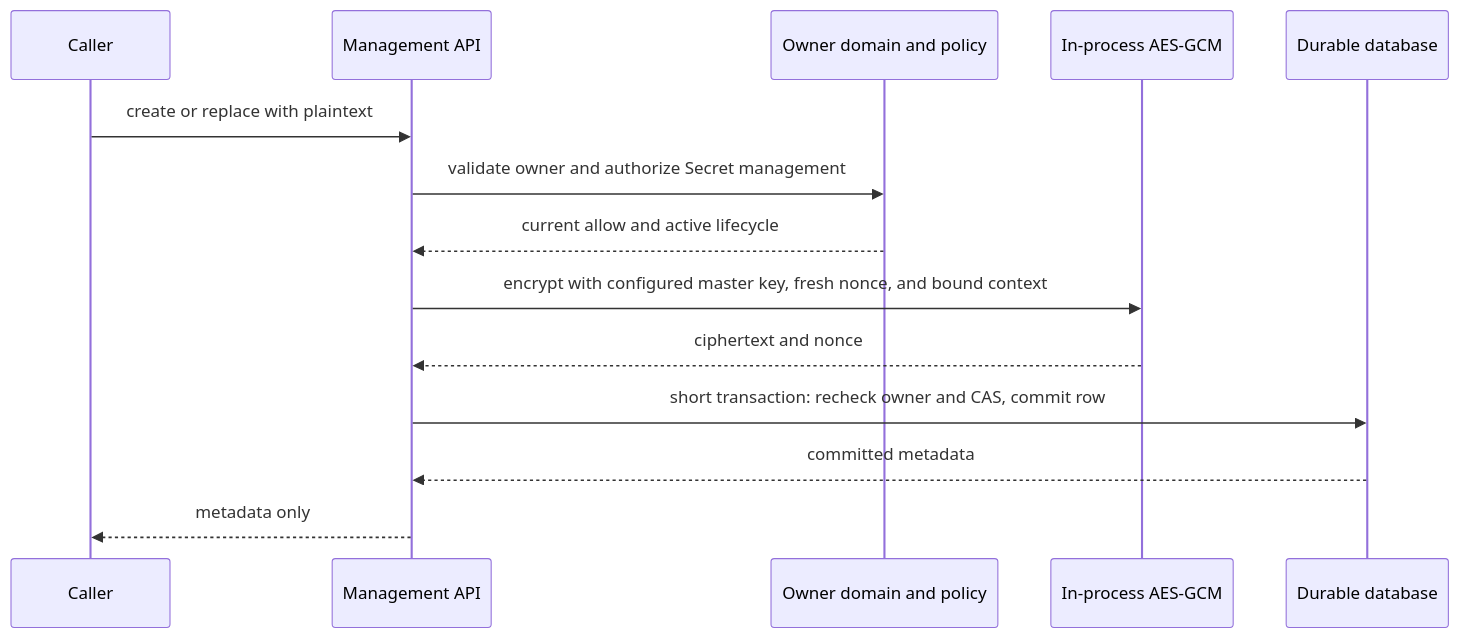
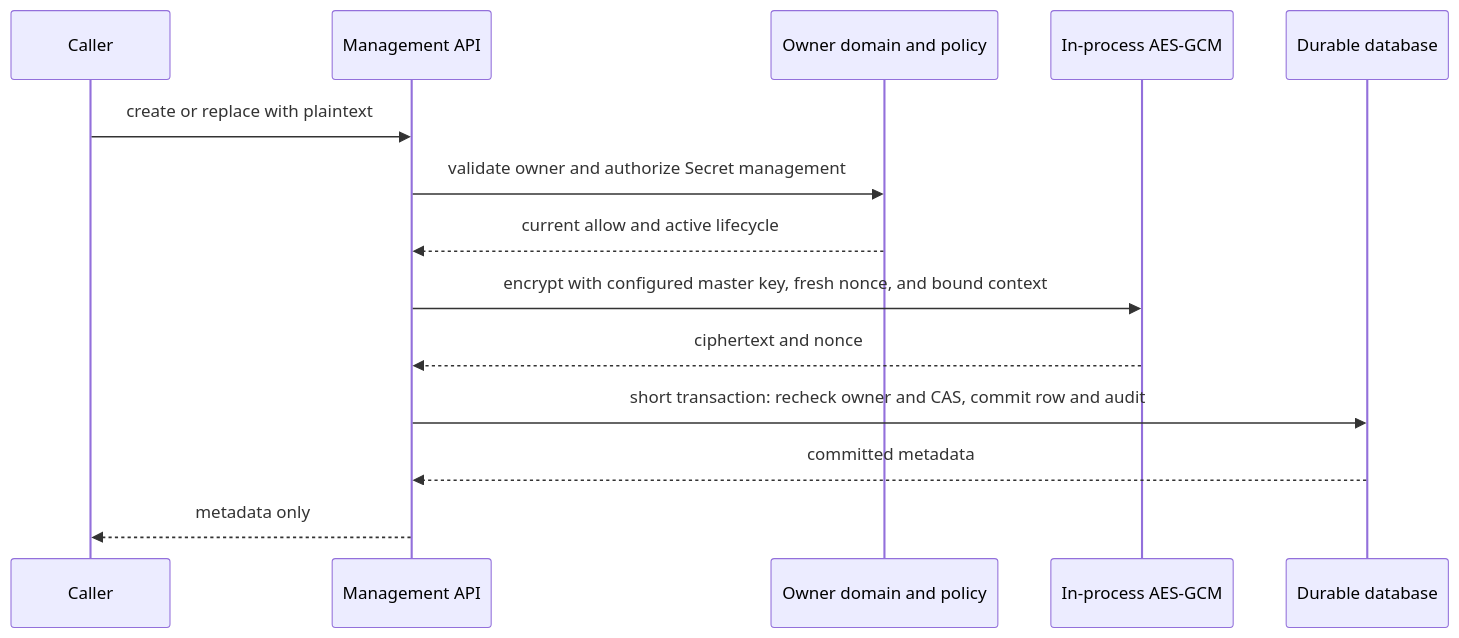
One commit to LTThreeComma/agent-foundation changed the diagram in spec/foundation-service/01-secret-management.md. Above: the diagram before and after it, drawn with Mermaid. The commit also changed other lines of this file and 10 other files, not shown here.

````diff
--- a/spec/foundation-service/01-secret-management.md
+++ b/spec/foundation-service/01-secret-management.md
@@ -169,17 +177,17 @@
 ```mermaid
 sequenceDiagram
     participant Caller
     participant API as Management API
     participant Owner as Owner domain and policy
     participant Crypto as In-process AES-GCM
     participant DB as Durable database
 
     Caller->>API: create or replace with plaintext
     API->>Owner: validate owner and authorize Secret management
     Owner-->>API: current allow and active lifecycle
     API->>Crypto: encrypt with configured master key, fresh nonce, and bound context
     Crypto-->>API: ciphertext and nonce
-    API->>DB: short transaction: recheck owner and CAS, commit row
+    API->>DB: short transaction: recheck owner and CAS, commit row and audit
     DB-->>API: committed metadata
     API-->>Caller: metadata only
 ```
````
